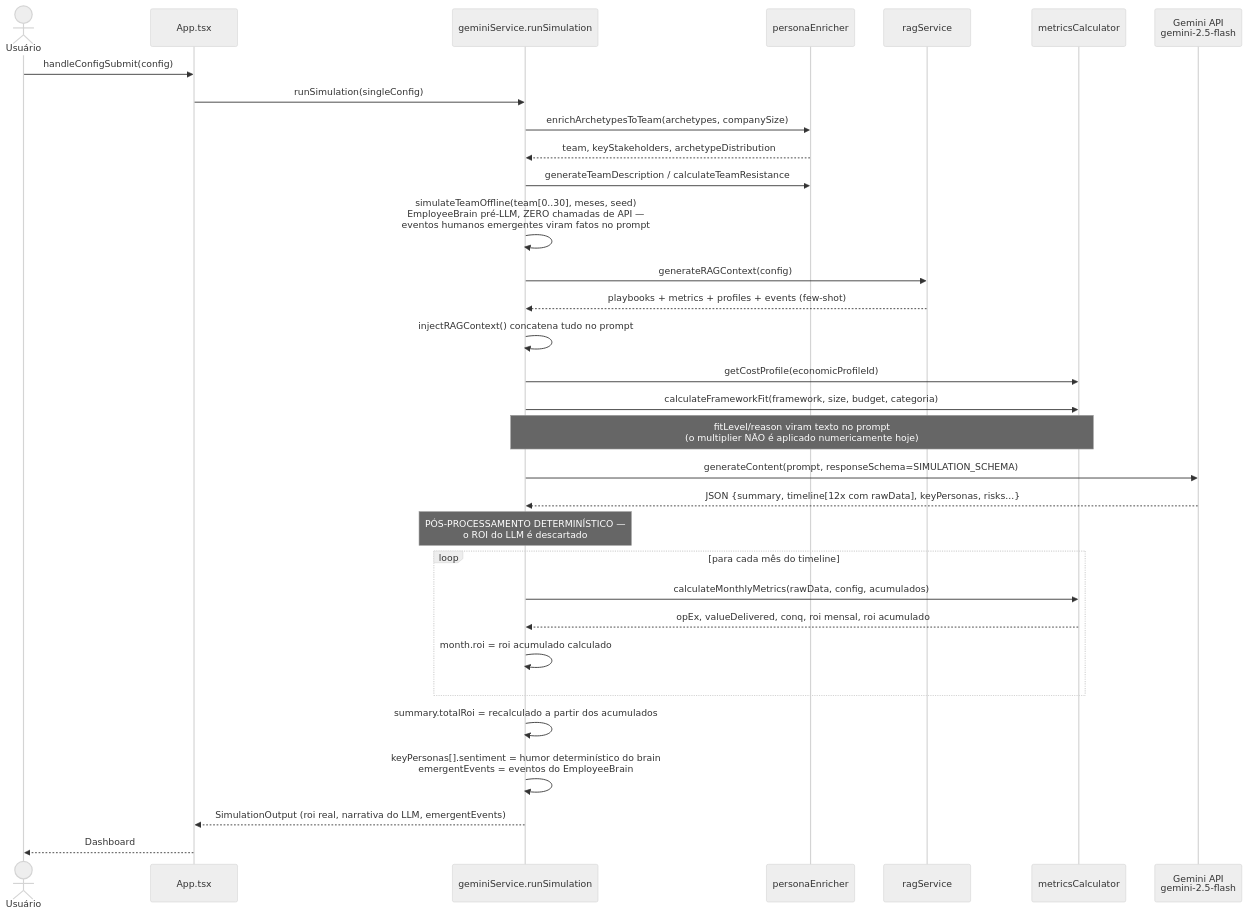
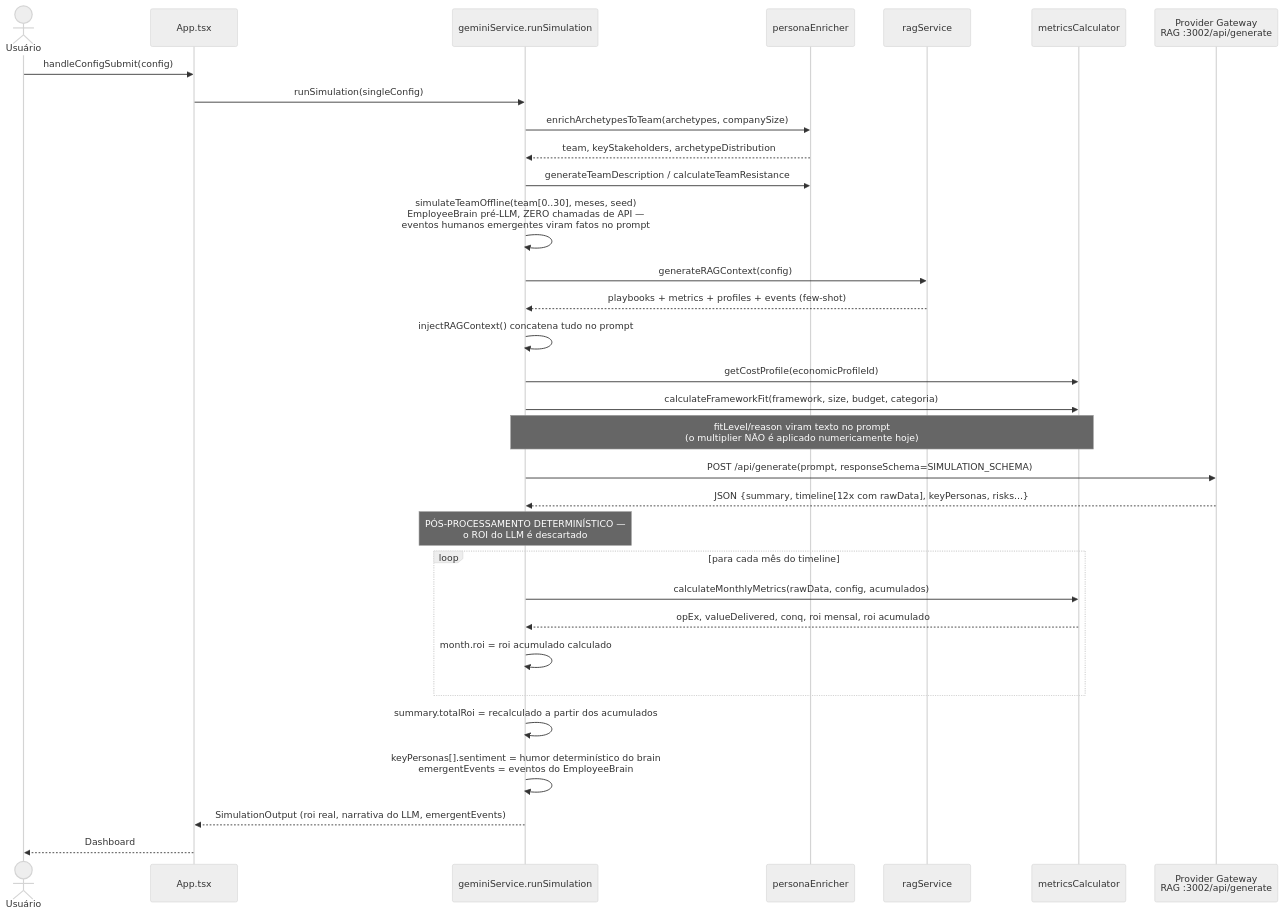
One commit to andrecodexvictor/Frame-sim changed the second of 8 diagrams in ARCHITECTURE.md. Above: the diagram before and after it, drawn with Mermaid (neutral theme). The commit also changed other lines of this file and 71 other files, not shown here.

````diff
--- a/ARCHITECTURE.md
+++ b/ARCHITECTURE.md
@@ -74,43 +74,43 @@
 ```mermaid
 sequenceDiagram
     actor Usuário
     participant App as App.tsx
     participant Gemini as geminiService.runSimulation
     participant Enricher as personaEnricher
     participant RAG as ragService
     participant Metrics as metricsCalculator
-    participant API as Gemini API<br/>gemini-2.5-flash
+    participant API as Provider Gateway<br/>RAG :3002/api/generate
 
     Usuário->>App: handleConfigSubmit(config)
     App->>Gemini: runSimulation(singleConfig)
 
     Gemini->>Enricher: enrichArchetypesToTeam(archetypes, companySize)
     Enricher-->>Gemini: team, keyStakeholders, archetypeDistribution
     Gemini->>Enricher: generateTeamDescription / calculateTeamResistance
 
     Gemini->>Gemini: simulateTeamOffline(team[0..30], meses, seed)<br/>EmployeeBrain pré-LLM, ZERO chamadas de API —<br/>eventos humanos emergentes viram fatos no prompt
 
     Gemini->>RAG: generateRAGContext(config)
     RAG-->>Gemini: playbooks + metrics + profiles + events (few-shot)
     Gemini->>Gemini: injectRAGContext() concatena tudo no prompt
 
     Gemini->>Metrics: getCostProfile(economicProfileId)
     Gemini->>Metrics: calculateFrameworkFit(framework, size, budget, categoria)
     Note over Gemini,Metrics: fitLevel/reason viram texto no prompt<br/>(o multiplier NÃO é aplicado numericamente hoje)
 
-    Gemini->>API: generateContent(prompt, responseSchema=SIMULATION_SCHEMA)
+Gemini->>API: POST /api/generate(prompt, responseSchema=SIMULATION_SCHEMA)
     API-->>Gemini: JSON {summary, timeline[12x com rawData], keyPersonas, risks...}
 
     Note over Gemini: PÓS-PROCESSAMENTO DETERMINÍSTICO —<br/>o ROI do LLM é descartado
 
     loop para cada mês do timeline
         Gemini->>Metrics: calculateMonthlyMetrics(rawData, config, acumulados)
         Metrics-->>Gemini: opEx, valueDelivered, conq, roi mensal, roi acumulado
         Gemini->>Gemini: month.roi = roi acumulado calculado
     end
 
     Gemini->>Gemini: summary.totalRoi = recalculado a partir dos acumulados
     Gemini->>Gemini: keyPersonas[].sentiment = humor determinístico do brain<br/>emergentEvents = eventos do EmployeeBrain
     Gemini-->>App: SimulationOutput (roi real, narrativa do LLM, emergentEvents)
     App-->>Usuário: Dashboard
 ```
````
